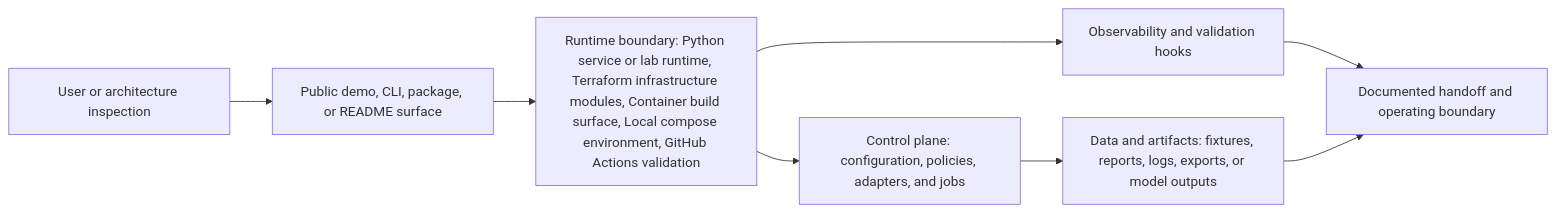
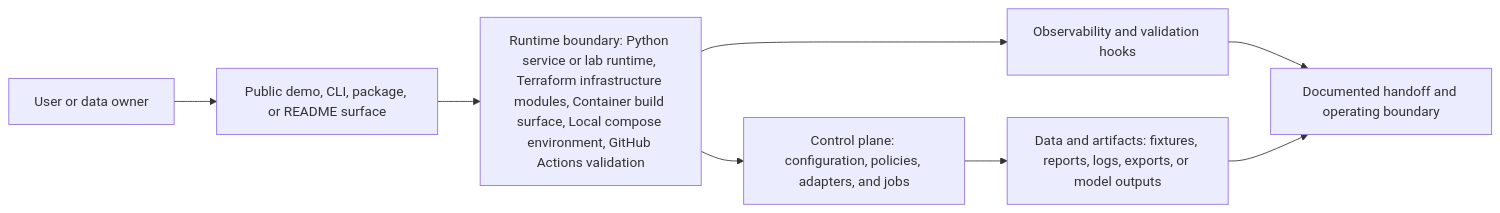
The diagram in docs/system-architecture.md (KIM3310/Nexus-Hive), drawn with Mermaid before and after one commit. The commit also changed 50 other files, not shown here.

````diff
--- a/docs/system-architecture.md
+++ b/docs/system-architecture.md
@@ -18,10 +18,10 @@
 ```mermaid
 flowchart LR
-    User["User or architecture inspection"] --> Surface["Public demo, CLI, package, or README surface"]
+    User["User or data owner"] --> Surface["Public demo, CLI, package, or README surface"]
     Surface --> Runtime["Runtime boundary: Python service or lab runtime, Terraform infrastructure modules, Container build surface, Local compose environment, GitHub Actions validation"]
     Runtime --> Control["Control plane: configuration, policies, adapters, and jobs"]
     Control --> Data["Data and artifacts: fixtures, reports, logs, exports, or model outputs"]
     Runtime --> Observability["Observability and validation hooks"]
     Observability --> Handoff["Documented handoff and operating boundary"]
     Data --> Handoff
 ```
````
